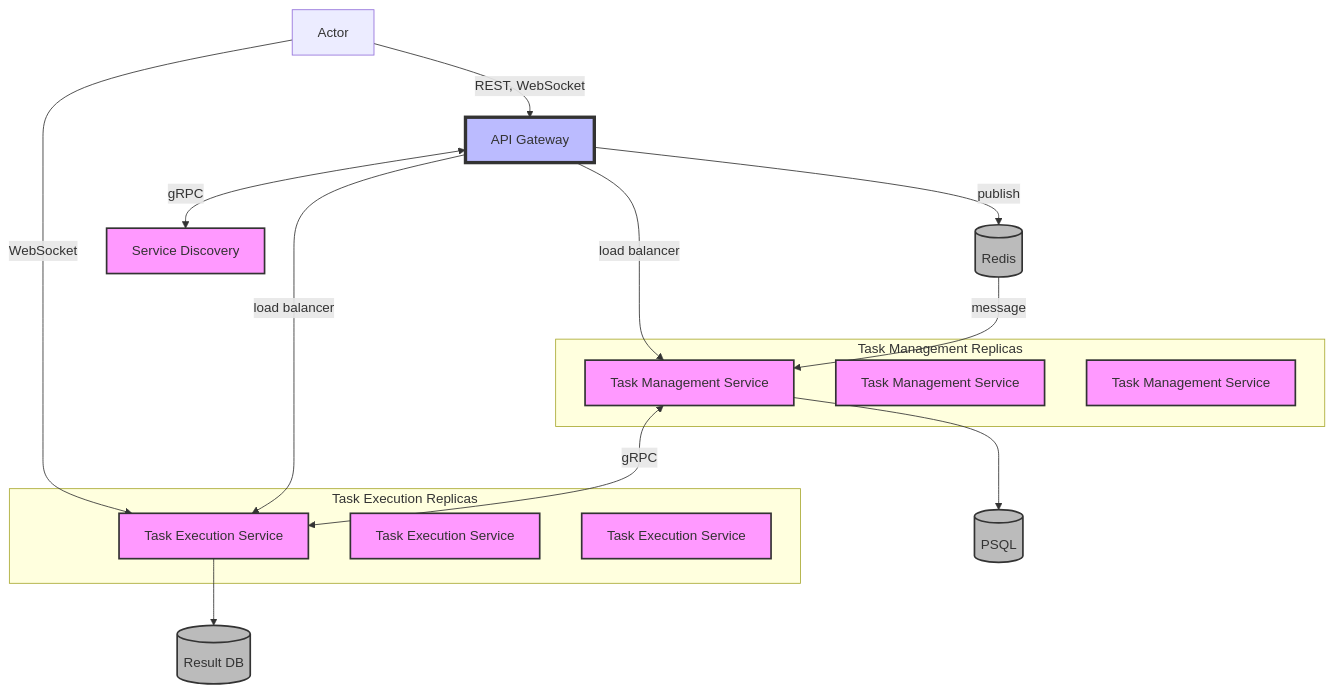
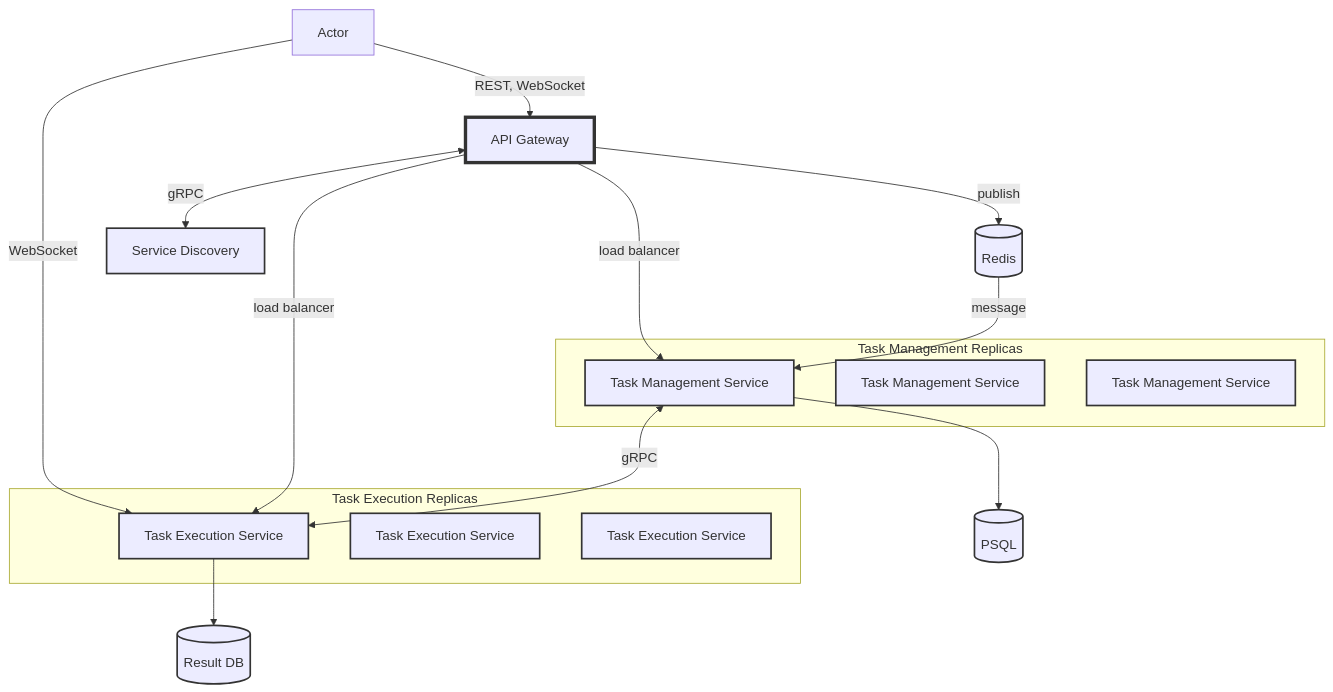
Before and after one commit to CaraAlexandr/PAD_Labs: the second of 2 diagrams in README.md, drawn with Mermaid.

````diff
--- a/README.md
+++ b/README.md
@@ -39,37 +39,37 @@
 ```mermaid
 flowchart TD
  subgraph subGraph0["Task Management Replicas"]
         E["Task Management Service"]
         E2["Task Management Service"]
         E3["Task Management Service"]
   end
  subgraph subGraph1["Task Execution Replicas"]
         F["Task Execution Service"]
         F2["Task Execution Service"]
         F3["Task Execution Service"]
   end
     A["Actor"] -- REST, WebSocket --> B["API Gateway"]
     A["Actor"] -- WebSocket --> F
 
     B -- publish --> C[("Redis")]
     B <-- gRPC --> D["Service Discovery"]
     B -- load balancer --> E & F
     C -- message --> E
     E <-- gRPC --> F
     E --> G[("PSQL")]
     F --> H[("Result DB")]
      E:::service
      E2:::service
      E3:::service
      F:::service
      F2:::service
      F3:::service
      B:::gateway
      C:::database
      D:::service
      G:::database
      H:::database
-    classDef service fill:#f9f,stroke:#333,stroke-width:2px
-    classDef database fill:#bbb,stroke:#333,stroke-width:2px
-    classDef gateway fill:#bbf,stroke:#333,stroke-width:4px
+    classDef service stroke:#333,stroke-width:2px
+    classDef database stroke:#333,stroke-width:2px
+    classDef gateway stroke:#333,stroke-width:4px
 ```
````
